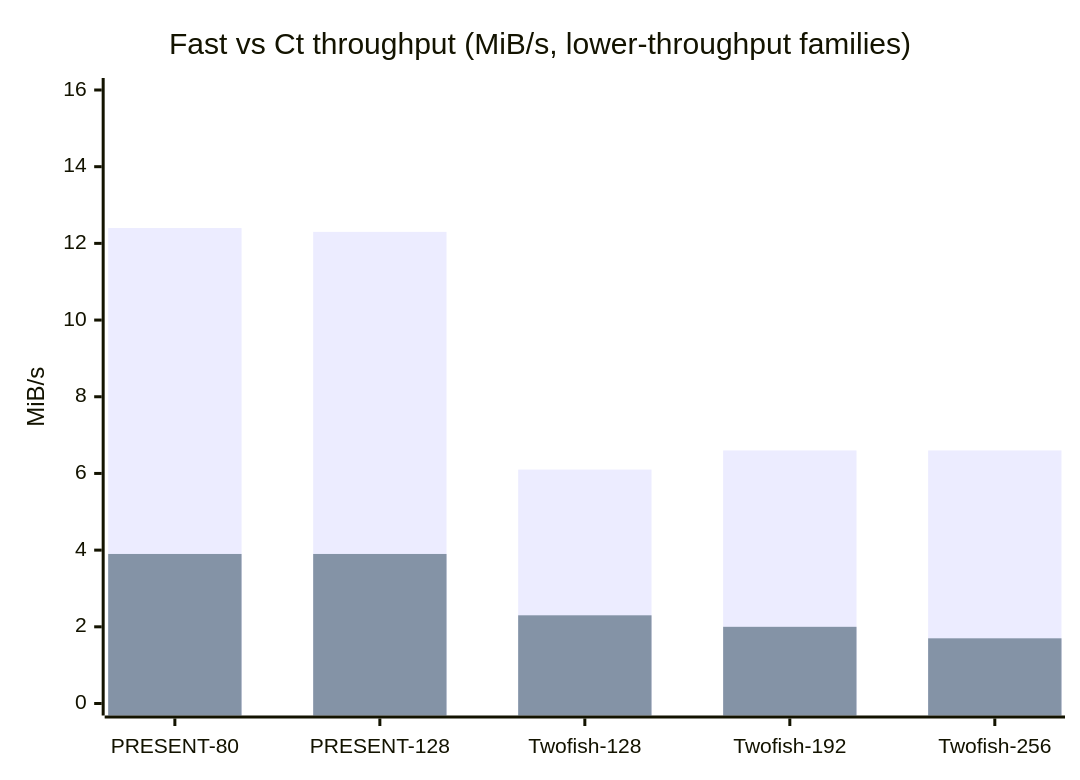
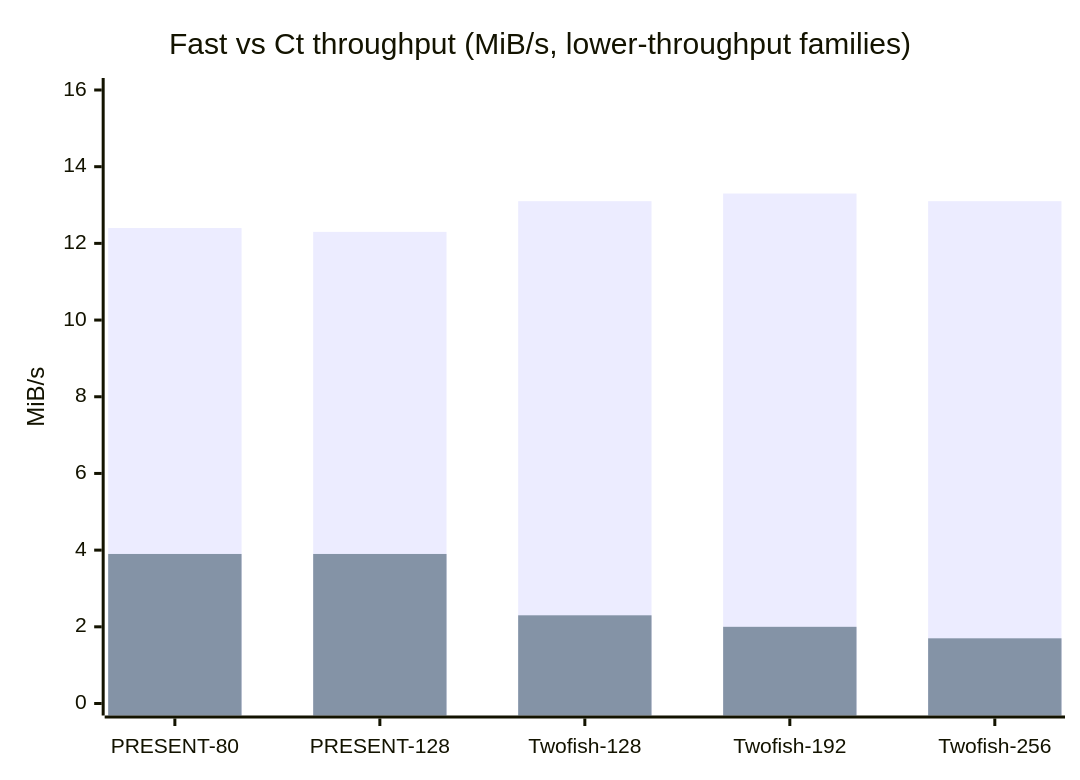
One commit to darrelllong/cryptography changed the third of 3 diagrams in ANALYSIS.md. Above: the diagram before and after it, drawn with Mermaid. The commit also changed other lines of this file and 12 other files, not shown here.

````diff
--- a/ANALYSIS.md
+++ b/ANALYSIS.md
@@ -692,8 +692,8 @@
 ```mermaid
 xychart-beta
     title "Fast vs Ct throughput (MiB/s, lower-throughput families)"
     x-axis ["PRESENT-80", "PRESENT-128", "Twofish-128", "Twofish-192", "Twofish-256"]
     y-axis "MiB/s" 0 --> 16
-    bar [12.4, 12.3, 6.1, 6.6, 6.6]
+    bar [12.4, 12.3, 13.1, 13.3, 13.1]
     bar [3.9, 3.9, 2.3, 2.0, 1.7]
 ```
````
